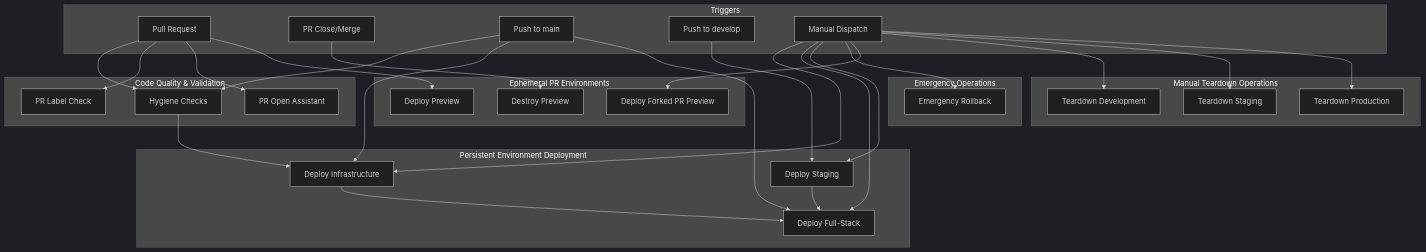
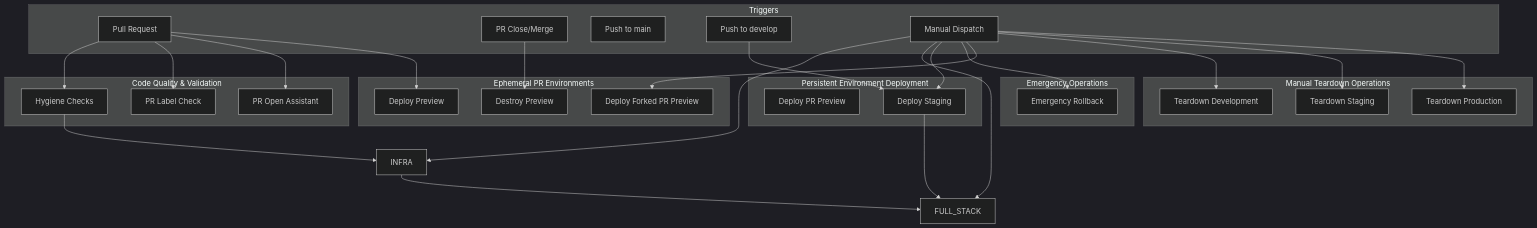
Before and after one commit to RussOakham/macro-ai: the first of 10 diagrams in docs/ci-cd/github-workflows-overview.md, drawn with Mermaid (dark theme). The commit also changed other lines of this file and 1 other file, not shown here.

First line of the commit message:
docs: update workflow documentation to reflect reusable deployment architecture

````diff
--- a/docs/ci-cd/github-workflows-overview.md
+++ b/docs/ci-cd/github-workflows-overview.md
@@ -14,67 +14,62 @@
 ```mermaid
 graph TB
     subgraph "Code Quality & Validation"
         HYGIENE[Hygiene Checks]
         LABEL_CHECK[PR Label Check]
         LABEL_OPEN[PR Open Assistant]
     end
 
     subgraph "Ephemeral PR Environments"
         DEPLOY_PREVIEW[Deploy Preview]
         DESTROY_PREVIEW[Destroy Preview]
         DEPLOY_FORKED[Deploy Forked PR Preview]
     end
 
     subgraph "Persistent Environment Deployment"
-        INFRA[Deploy Infrastructure]
-        FULL_STACK[Deploy Full-Stack]
+        PREVIEW[Deploy PR Preview]
         STAGING[Deploy Staging]
     end
 
     subgraph "Manual Teardown Operations"
         TEARDOWN_DEV[Teardown Development]
         TEARDOWN_STAGING[Teardown Staging]
         TEARDOWN_PROD[Teardown Production]
     end
 
     subgraph "Emergency Operations"
         ROLLBACK[Emergency Rollback]
     end
 
     subgraph "Triggers"
         PR[Pull Request]
         PR_CLOSE[PR Close/Merge]
         PUSH_MAIN[Push to main]
         PUSH_DEV[Push to develop]
         MANUAL[Manual Dispatch]
     end
 
     %% PR Environment Lifecycle
     PR --> HYGIENE
     PR --> LABEL_CHECK
     PR --> LABEL_OPEN
     PR --> DEPLOY_PREVIEW
     PR_CLOSE --> DESTROY_PREVIEW
 
     %% Persistent Environment Deployments
-    PUSH_MAIN --> HYGIENE
-    PUSH_MAIN --> INFRA
-    PUSH_MAIN --> FULL_STACK
-
     PUSH_DEV --> STAGING
 
     %% Manual Operations
     MANUAL --> INFRA
     MANUAL --> FULL_STACK
     MANUAL --> STAGING
     MANUAL --> ROLLBACK
     MANUAL --> DEPLOY_FORKED
     MANUAL --> TEARDOWN_DEV
     MANUAL --> TEARDOWN_STAGING
     MANUAL --> TEARDOWN_PROD
 
     %% Workflow Dependencies
     HYGIENE --> INFRA
     INFRA --> FULL_STACK
     STAGING --> FULL_STACK
 ```
````
